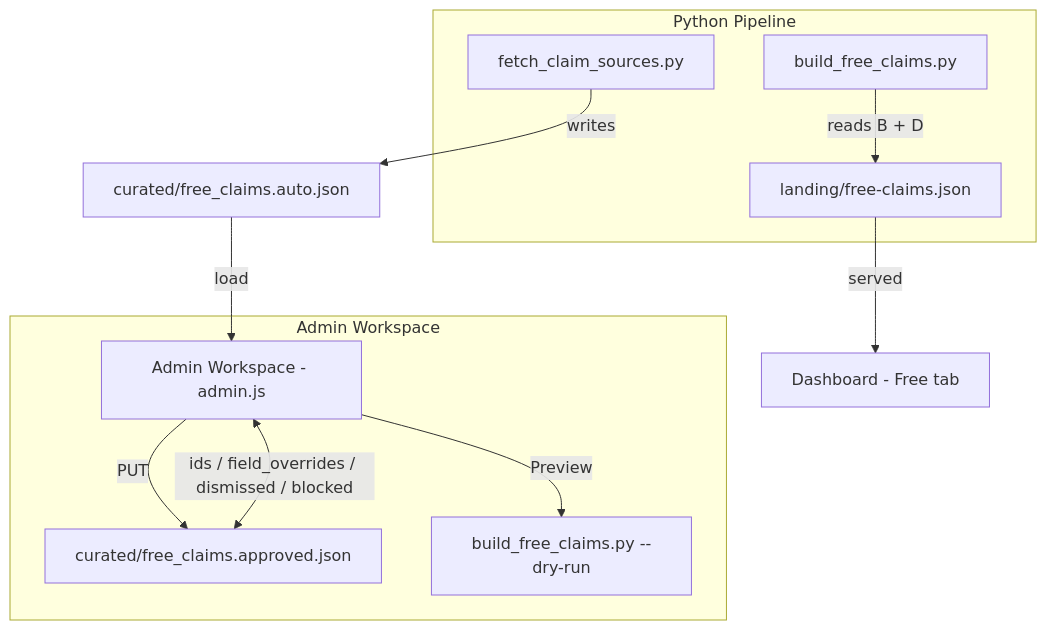
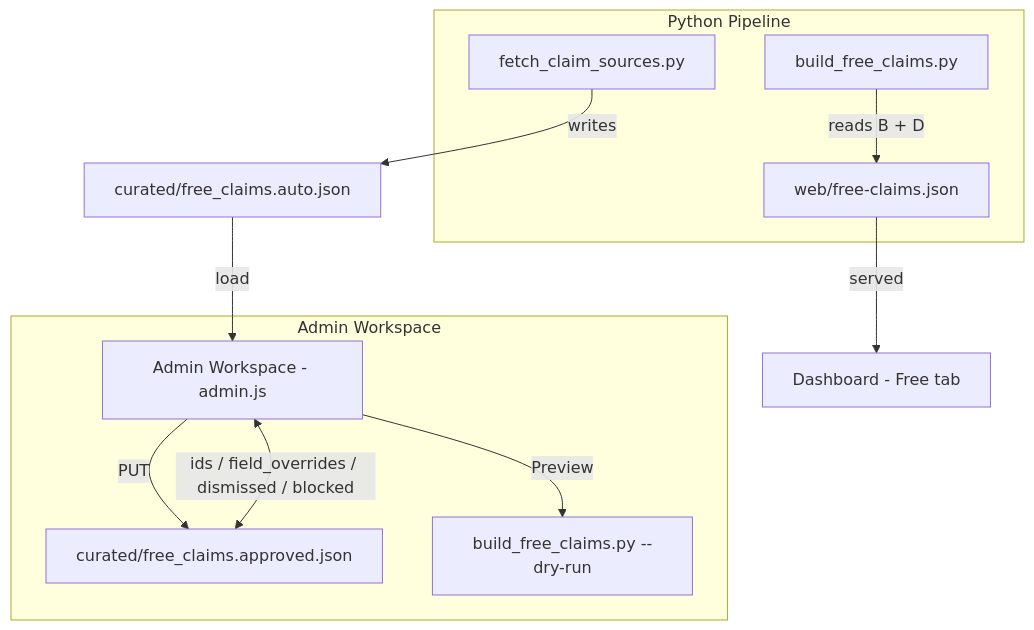
The diagram in plans/admin-claims-audit.md (Ogrods/BAKLOG), drawn with Mermaid before and after one commit. The commit also changed other lines of this file and 187 other files, not shown here.

````diff
--- a/plans/admin-claims-audit.md
+++ b/plans/admin-claims-audit.md
@@ -13,23 +13,23 @@
 ```mermaid
 flowchart TD
     A[fetch_claim_sources.py] -->|writes| B[curated/free_claims.auto.json]
     B -->|load| C[Admin Workspace - admin.js]
     D[curated/free_claims.approved.json] <-->|ids / field_overrides / dismissed / blocked| C
     C -->|PUT| D
     C -->|Preview| E[build_free_claims.py --dry-run]
 
-    F[build_free_claims.py] -->|reads B + D| G[landing/free-claims.json]
+    F[build_free_claims.py] -->|reads B + D| G[web/free-claims.json]
     G -->|served| H[Dashboard - Free tab]
 
     subgraph Python Pipeline
         A
         F
         G
     end
 
     subgraph Admin Workspace
         C
         D
         E
     end
 ```
````
